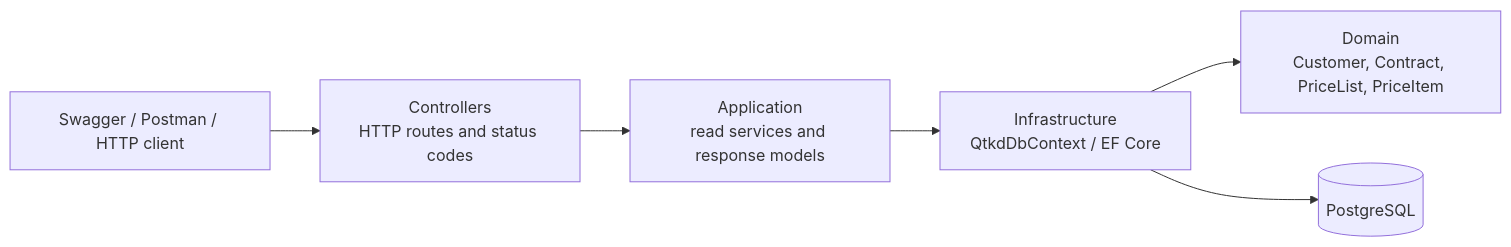
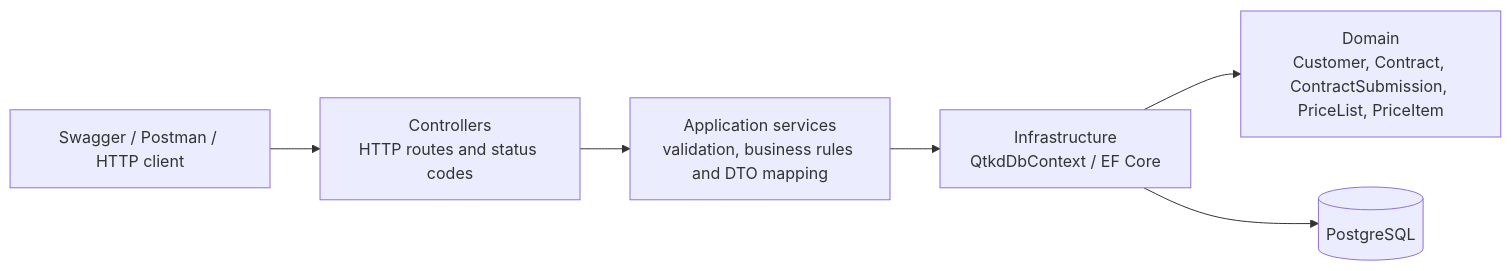
Before and after one commit to phamthuyquy/PTUD_TH_Phase2: the diagram in docs/architecture.md, drawn with Mermaid. The commit also changed other lines of this file and 35 other files, not shown here.

Commit message:
feat(week06): implement customer, contract, pricing APIs and CTR-01/02/03 validations

````diff
--- a/docs/architecture.md
+++ b/docs/architecture.md
@@ -3,15 +3,15 @@
 ```mermaid
 flowchart LR
     Client["Swagger / Postman / HTTP client"]
     Controllers["Controllers<br/>HTTP routes and status codes"]
-    Services["Application<br/>read services and response models"]
+    Services["Application services<br/>validation, business rules and DTO mapping"]
     DbContext["Infrastructure<br/>QtkdDbContext / EF Core"]
-    Domain["Domain<br/>Customer, Contract, PriceList, PriceItem"]
+    Domain["Domain<br/>Customer, Contract, ContractSubmission, PriceList, PriceItem"]
     PostgreSQL[("PostgreSQL")]
 
     Client --> Controllers
     Controllers --> Services
     Services --> DbContext
     DbContext --> Domain
     DbContext --> PostgreSQL
 ```
````
